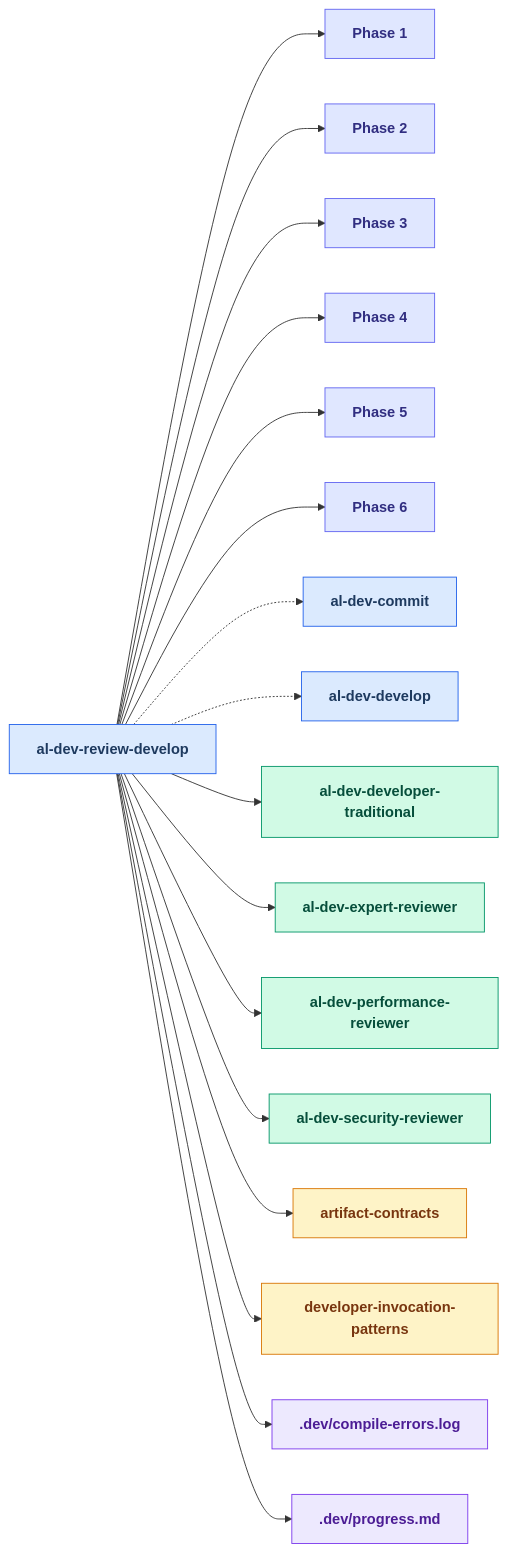
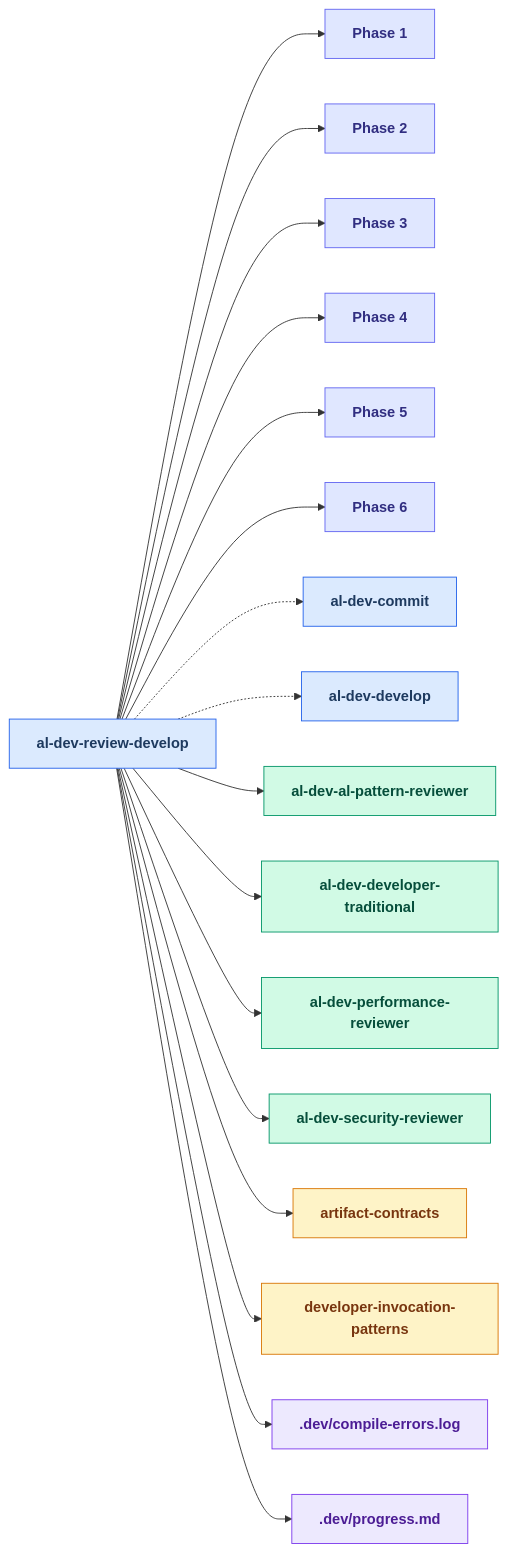
The ninth of 25 diagrams in docs/al-dev-skills-map.md (russell-laing/al-dev-shared), drawn with Mermaid before and after one commit. The commit also changed other lines of this file and 7 other files, not shown here.

Commit message:
docs(knowledge): adopt background agent dispatch pattern

````diff
--- a/docs/al-dev-skills-map.md
+++ b/docs/al-dev-skills-map.md
@@ -489,61 +489,61 @@
 ```mermaid
 flowchart LR
     classDef skillNode fill:#dbeafe,stroke:#2563eb,color:#1e3a5f,font-weight:bold
     classDef agentNode fill:#d1fae5,stroke:#059669,color:#064e3b,font-weight:bold
     classDef knowledgeNode fill:#fef3c7,stroke:#d97706,color:#78350f,font-weight:bold
     classDef artifactNode fill:#ede9fe,stroke:#7c3aed,color:#4c1d95,font-weight:bold
     classDef phaseNode fill:#e0e7ff,stroke:#6366f1,color:#312e81,font-weight:bold
 
     skill_al_dev_review_develop[al-dev-review-develop]
     Phase1["Phase 1"]
     Phase2["Phase 2"]
     Phase3["Phase 3"]
     Phase4["Phase 4"]
     Phase5["Phase 5"]
     Phase6["Phase 6"]
     skill_al_dev_commit[al-dev-commit]
     skill_al_dev_develop[al-dev-develop]
+    agent_al_dev_al_pattern_reviewer[al-dev-al-pattern-reviewer]
     agent_al_dev_developer_traditional[al-dev-developer-traditional]
-    agent_al_dev_expert_reviewer[al-dev-expert-reviewer]
     agent_al_dev_performance_reviewer[al-dev-performance-reviewer]
     agent_al_dev_security_reviewer[al-dev-security-reviewer]
     knowledge_artifact_contracts_md[artifact-contracts]
     knowledge_developer_invocation_patterns_md[developer-invocation-patterns]
     artifact_compile_errors_log[.dev/compile-errors.log]
     artifact_progress_md[.dev/progress.md]
 
     skill_al_dev_review_develop --> Phase1
     skill_al_dev_review_develop --> Phase2
     skill_al_dev_review_develop --> Phase3
     skill_al_dev_review_develop --> Phase4
     skill_al_dev_review_develop --> Phase5
     skill_al_dev_review_develop --> Phase6
     skill_al_dev_review_develop -.-> skill_al_dev_commit
     skill_al_dev_review_develop -.-> skill_al_dev_develop
+    skill_al_dev_review_develop --> agent_al_dev_al_pattern_reviewer
     skill_al_dev_review_develop --> agent_al_dev_developer_traditional
-    skill_al_dev_review_develop --> agent_al_dev_expert_reviewer
     skill_al_dev_review_develop --> agent_al_dev_performance_reviewer
     skill_al_dev_review_develop --> agent_al_dev_security_reviewer
     skill_al_dev_review_develop --> knowledge_artifact_contracts_md
     skill_al_dev_review_develop --> knowledge_developer_invocation_patterns_md
     skill_al_dev_review_develop --> artifact_compile_errors_log
     skill_al_dev_review_develop --> artifact_progress_md
 
     class skill_al_dev_review_develop skillNode
     class Phase1 phaseNode
     class Phase2 phaseNode
     class Phase3 phaseNode
     class Phase4 phaseNode
     class Phase5 phaseNode
     class Phase6 phaseNode
     class skill_al_dev_commit skillNode
     class skill_al_dev_develop skillNode
+    class agent_al_dev_al_pattern_reviewer agentNode
     class agent_al_dev_developer_traditional agentNode
-    class agent_al_dev_expert_reviewer agentNode
     class agent_al_dev_performance_reviewer agentNode
     class agent_al_dev_security_reviewer agentNode
     class knowledge_artifact_contracts_md knowledgeNode
     class knowledge_developer_invocation_patterns_md knowledgeNode
     class artifact_compile_errors_log artifactNode
     class artifact_progress_md artifactNode
 ```
````
